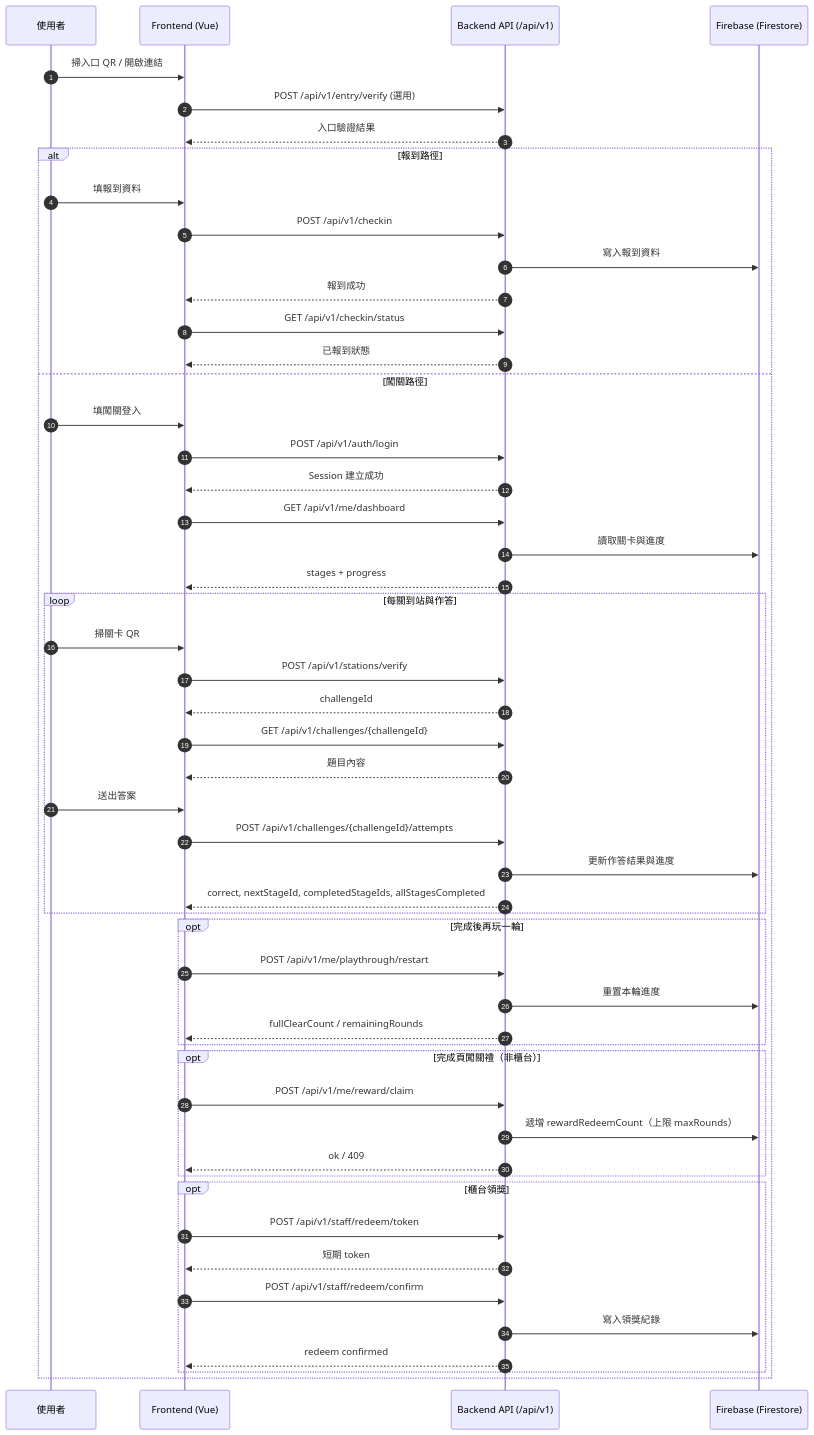
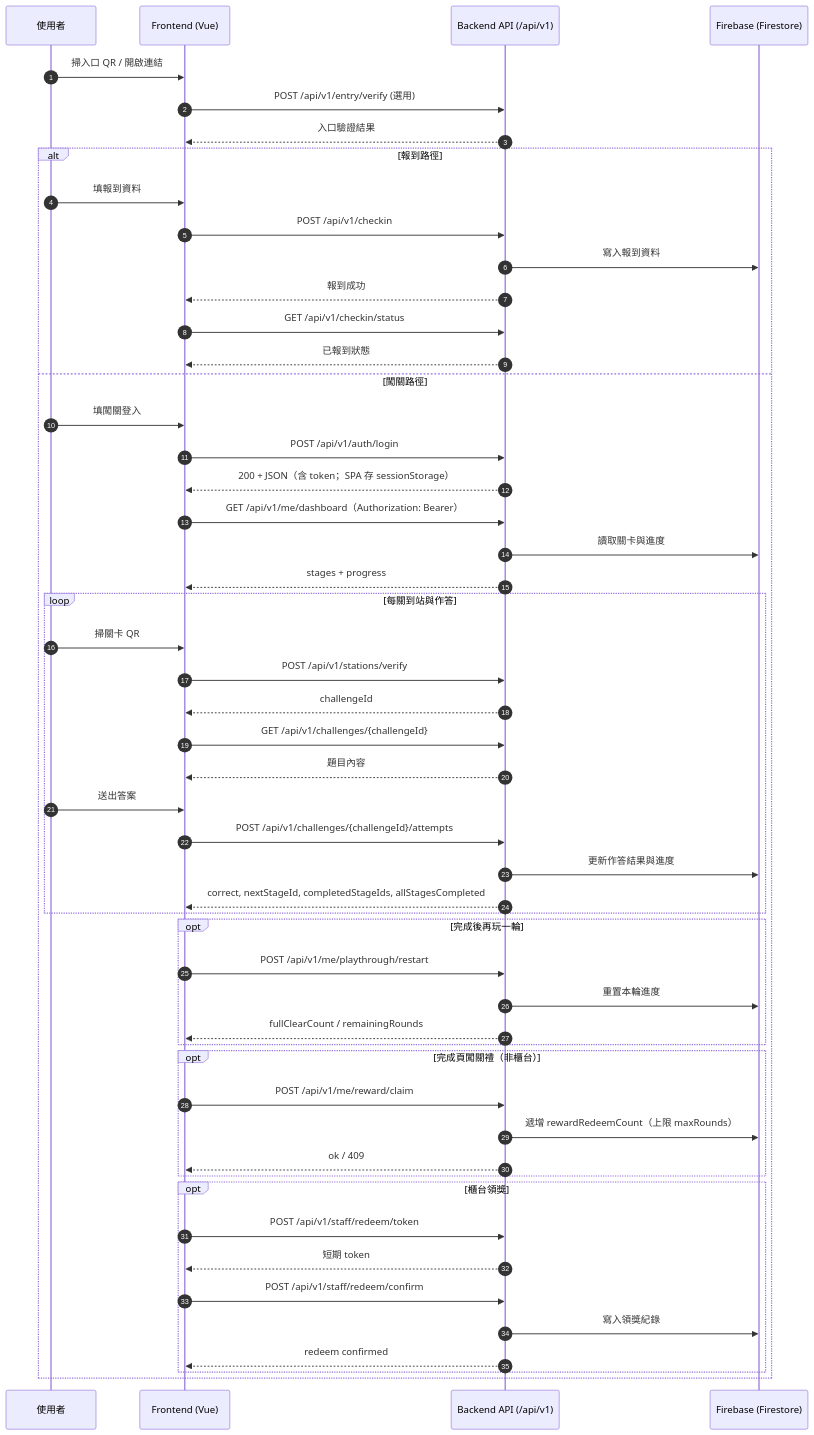
Before and after one commit to BrianChang1212/FamilyDay_GreenWorld: the second of 2 diagrams in docs/api/api-v0.1.md, drawn with Mermaid. The commit also changed other lines of this file and 20 other files, not shown here.

````diff
--- a/docs/api/api-v0.1.md
+++ b/docs/api/api-v0.1.md
@@ -407,61 +422,60 @@
 ```mermaid
 sequenceDiagram
   autonumber
   participant U as 使用者
   participant FE as Frontend (Vue)
   participant API as Backend API (/api/v1)
   participant DB as Firebase (Firestore)
 
   U->>FE: 掃入口 QR / 開啟連結
   FE->>API: POST /api/v1/entry/verify (選用)
   API-->>FE: 入口驗證結果
 
   alt 報到路徑
     U->>FE: 填報到資料
     FE->>API: POST /api/v1/checkin
     API->>DB: 寫入報到資料
     API-->>FE: 報到成功
     FE->>API: GET /api/v1/checkin/status
     API-->>FE: 已報到狀態
   else 闖關路徑
     U->>FE: 填闖關登入
     FE->>API: POST /api/v1/auth/login
-    API-->>FE: Session 建立成功
-
-    FE->>API: GET /api/v1/me/dashboard
+    API-->>FE: 200 + JSON（含 token；SPA 存 sessionStorage）
+    FE->>API: GET /api/v1/me/dashboard（Authorization: Bearer）
     API->>DB: 讀取關卡與進度
     API-->>FE: stages + progress
 
     loop 每關到站與作答
       U->>FE: 掃關卡 QR
       FE->>API: POST /api/v1/stations/verify
       API-->>FE: challengeId
       FE->>API: GET /api/v1/challenges/{challengeId}
       API-->>FE: 題目內容
       U->>FE: 送出答案
       FE->>API: POST /api/v1/challenges/{challengeId}/attempts
       API->>DB: 更新作答結果與進度
       API-->>FE: correct, nextStageId, completedStageIds, allStagesCompleted
     end
 
     opt 完成後再玩一輪
       FE->>API: POST /api/v1/me/playthrough/restart
       API->>DB: 重置本輪進度
       API-->>FE: fullClearCount / remainingRounds
     end
 
     opt 完成頁闖關禮（非櫃台）
       FE->>API: POST /api/v1/me/reward/claim
       API->>DB: 遞增 rewardRedeemCount（上限 maxRounds）
       API-->>FE: ok / 409
     end
 
     opt 櫃台領獎
       FE->>API: POST /api/v1/staff/redeem/token
       API-->>FE: 短期 token
       FE->>API: POST /api/v1/staff/redeem/confirm
       API->>DB: 寫入領獎紀錄
       API-->>FE: redeem confirmed
     end
   end
 ```
````
